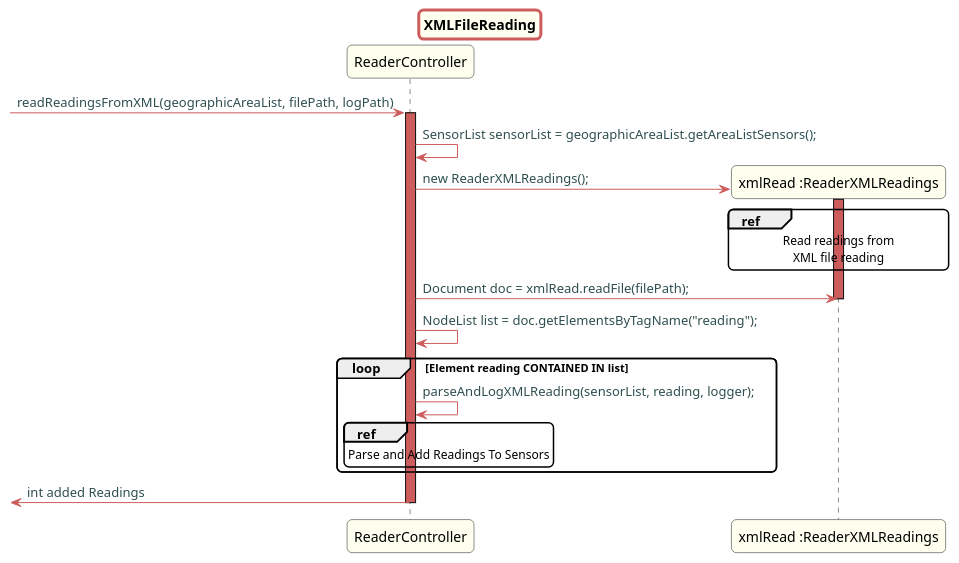
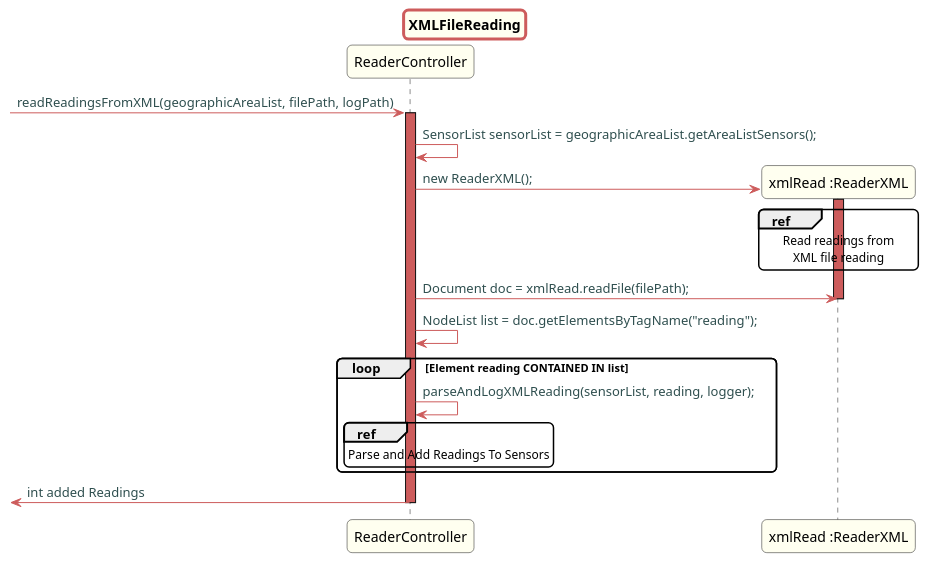
Before and after one commit to Almadanmp/project: the diagram in src/doc/Controllers/HouseConfiguration/US20v2/XML/XMLFileReading.puml, drawn with PlantUML. The commit also changed 24 other files, not shown here.

```diff
--- a/src/doc/Controllers/HouseConfiguration/US20v2/XML/XMLFileReading.puml
+++ b/src/doc/Controllers/HouseConfiguration/US20v2/XML/XMLFileReading.puml
@@ -1,57 +1,57 @@
 @startuml
 
 skinparam titleBorderRoundCorner 10
 skinparam titleBorderThickness 3
 skinparam titleBorderColor indianred
 skinparam titleBackgroundColor ivory
 skinparam FontName quicksand
 
 skinparam actor {
   BorderColor indianred
   }
 
 skinparam sequence {
   LifeLineBackgroundColor indianred
   ParticipantBackgroundColor ivory
 }
 
 skinparam roundcorner 10
 
 skinparam component {
   arrowThickness 1
   ArrowFontName Verdana
   ArrowColor indianred
   ArrowFontColor darkslategrey
 }
 
 
 
 title XMLFileReading
 -> ReaderController: readReadingsFromXML(geographicAreaList, filePath, logPath)
 activate ReaderController
 
 ReaderController -> ReaderController: SensorList sensorList = geographicAreaList.getAreaListSensors();
-create "xmlRead :ReaderXMLReadings"
-ReaderController -> "xmlRead :ReaderXMLReadings": new ReaderXMLReadings();
-activate "xmlRead :ReaderXMLReadings"
-ref over "xmlRead :ReaderXMLReadings"
+create "xmlRead :ReaderXML"
+ReaderController -> "xmlRead :ReaderXML": new ReaderXML();
+activate "xmlRead :ReaderXML"
+ref over "xmlRead :ReaderXML"
 Read readings from
 XML file reading
 end ref
-ReaderController -> "xmlRead :ReaderXMLReadings": Document doc = xmlRead.readFile(filePath);
-deactivate "xmlRead :ReaderXMLReadings"
+ReaderController -> "xmlRead :ReaderXML": Document doc = xmlRead.readFile(filePath);
+deactivate "xmlRead :ReaderXML"
 
 ReaderController -> ReaderController: NodeList list = doc.getElementsByTagName("reading");
 
 loop  Element reading CONTAINED IN list
 ReaderController -> ReaderController: parseAndLogXMLReading(sensorList, reading, logger);
 ref over ReaderController
 Parse and Add Readings To Sensors
 end ref
 
 end
 
 <- ReaderController: int added Readings
 deactivate "ReaderController"
 
 @enduml
```
